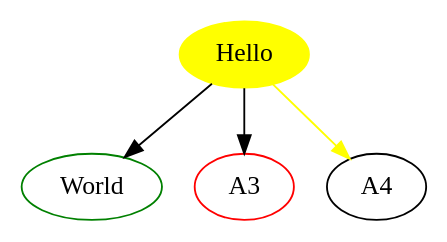
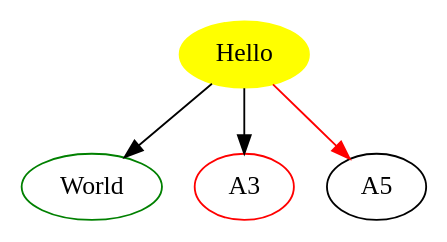
Before and after one commit to kapilsukhyani/testrepo: the diagram in example.dot, drawn with Graphviz.

```diff
--- a/example.dot
+++ b/example.dot
@@ -1,7 +1,7 @@
 digraph d {
  A [label="Hello",color=yellow, style=filled ]
  A1 [label="World"]
  
  A -> { A1[color=green]  A3[color=red]} 
- A -> { A4 } [color=yellow]
+ A -> { A5 } [color=red]
 }
```
